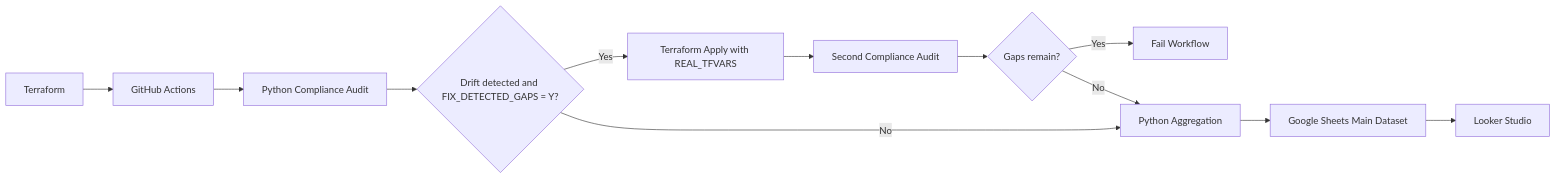
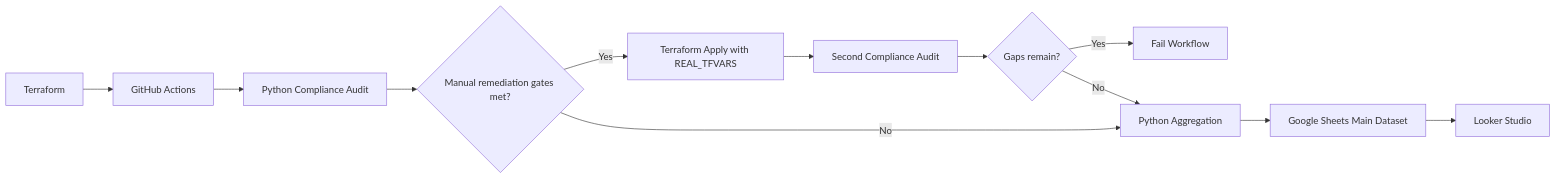
The diagram in README.md (neibaur/cloudflare-iac-governance), drawn with Mermaid before and after one commit. The commit also changed other lines of this file and 3 other files, not shown here.

````diff
--- a/README.md
+++ b/README.md
@@ -27,14 +27,14 @@
 ```mermaid
 flowchart LR
     terraform[Terraform] --> actions[GitHub Actions]
     actions --> audit[Python Compliance Audit]
-    audit --> decision{Drift detected and FIX_DETECTED_GAPS = Y?}
+    audit --> decision{Manual remediation gates met?}
     decision -- Yes --> apply[Terraform Apply with REAL_TFVARS]
     apply --> reaudit[Second Compliance Audit]
     reaudit --> verify{Gaps remain?}
     verify -- Yes --> fail[Fail Workflow]
     verify -- No --> aggregate[Python Aggregation]
     decision -- No --> aggregate
     aggregate --> sheets[Google Sheets Main Dataset]
     sheets --> looker[Looker Studio]
 ```
````
